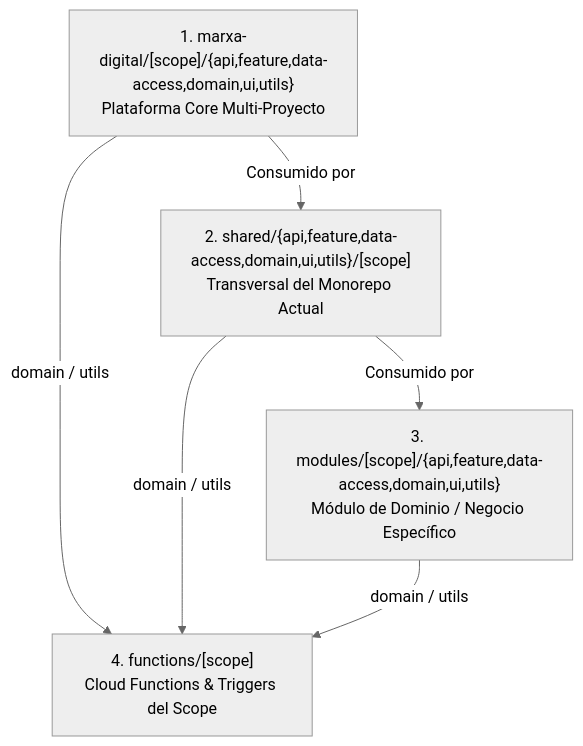
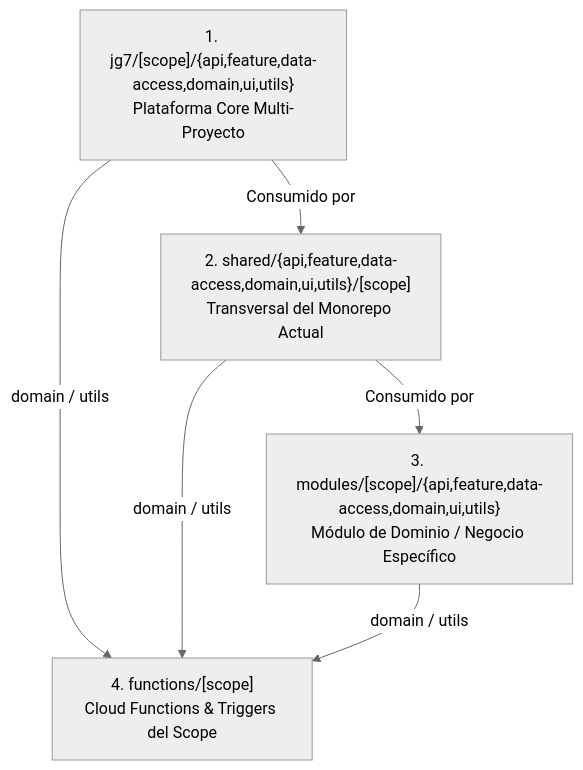
The diagram in code-review/references/models-boundaries.md (jgu7man/jg7-agent-skills), drawn with Mermaid (neutral theme) before and after one commit. The commit also changed other lines of this file and 46 other files, not shown here.

````diff
--- a/code-review/references/models-boundaries.md
+++ b/code-review/references/models-boundaries.md
@@ -9,13 +9,13 @@
 ```mermaid
 graph TD
-    Level1["1. marxa-digital/[scope]/{api,feature,data-access,domain,ui,utils}<br/>Plataforma Core Multi-Proyecto"]
+    Level1["1. jg7/[scope]/{api,feature,data-access,domain,ui,utils}<br/>Plataforma Core Multi-Proyecto"]
     Level2["2. shared/{api,feature,data-access,domain,ui,utils}/[scope]<br/>Transversal del Monorepo Actual"]
     Level3["3. modules/[scope]/{api,feature,data-access,domain,ui,utils}<br/>Módulo de Dominio / Negocio Específico"]
     Backend["4. functions/[scope]<br/>Cloud Functions & Triggers del Scope"]
 
     Level1 -->|Consumido por| Level2
     Level2 -->|Consumido por| Level3
     Level1 -->|domain / utils| Backend
     Level2 -->|domain / utils| Backend
     Level3 -->|domain / utils| Backend
 ```
````
